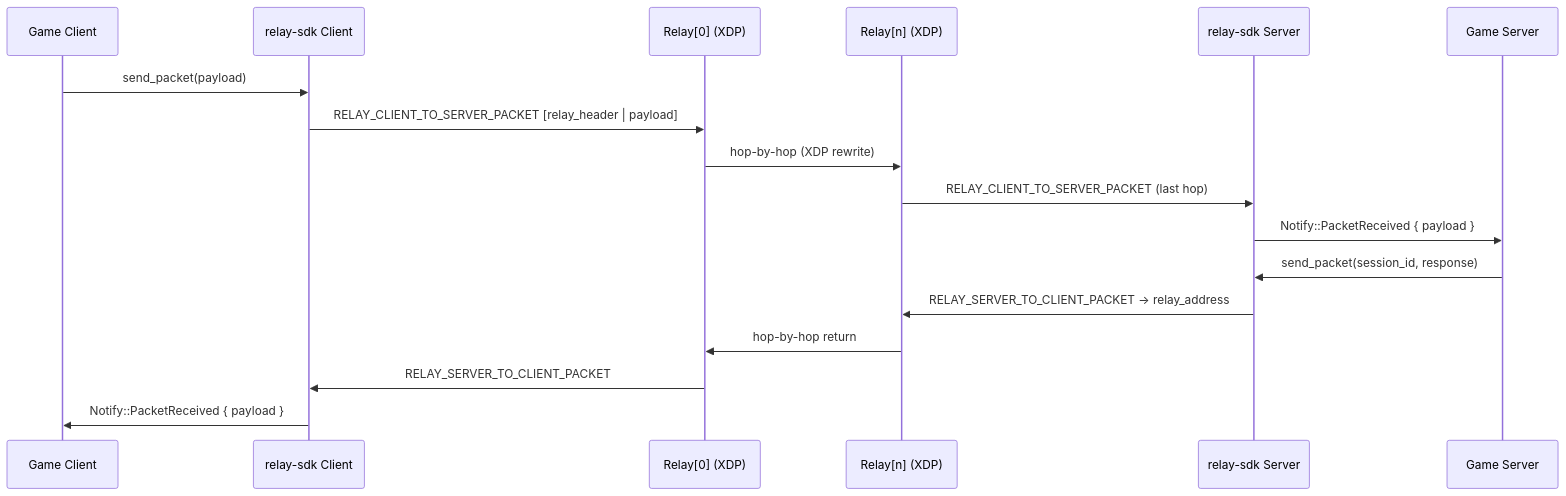
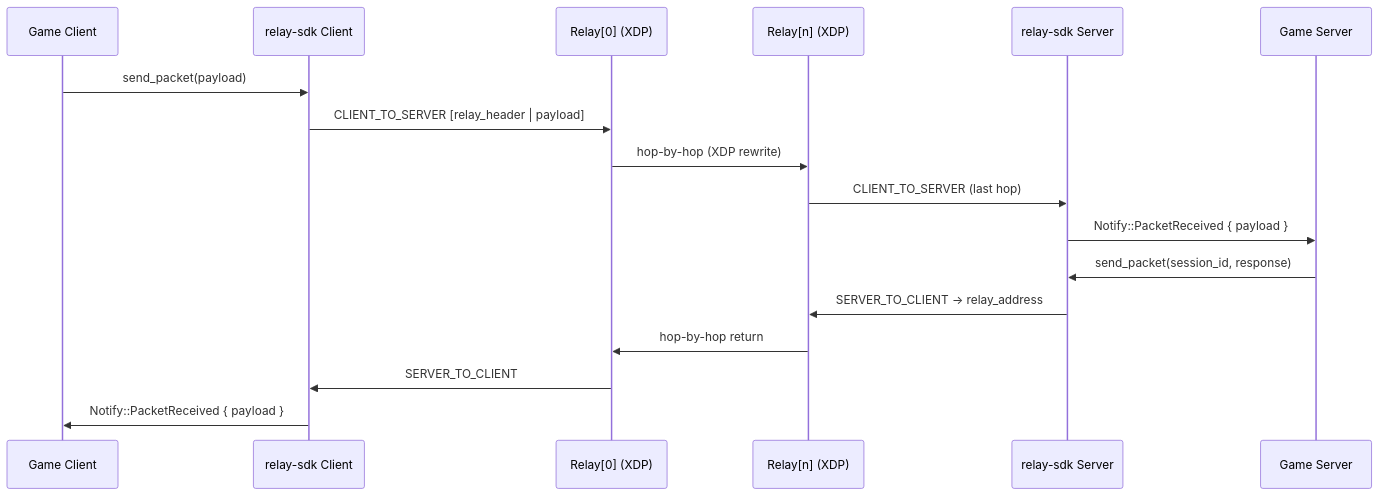
One commit to brianpht/relay-xdp changed the fourth of 4 diagrams in relay-sdk/ARCHITECTURE.md. Above: the diagram before and after it, drawn with Mermaid. The commit also changed other lines of this file and 1 other file, not shown here.

Commit message:
Enhance architecture documentation for clarity and detail; update wire compatibility tests

````diff
--- a/relay-sdk/ARCHITECTURE.md
+++ b/relay-sdk/ARCHITECTURE.md
@@ -315,20 +412,20 @@
 ```mermaid
 sequenceDiagram
     participant GC as Game Client
     participant C as relay-sdk Client
     participant R1 as Relay[0] (XDP)
     participant Rn as Relay[n] (XDP)
     participant S as relay-sdk Server
     participant GS as Game Server
 
     GC->>C: send_packet(payload)
-    C->>R1: RELAY_CLIENT_TO_SERVER_PACKET [relay_header | payload]
+    C->>R1: CLIENT_TO_SERVER [relay_header | payload]
     R1->>Rn: hop-by-hop (XDP rewrite)
-    Rn->>S: RELAY_CLIENT_TO_SERVER_PACKET (last hop)
+    Rn->>S: CLIENT_TO_SERVER (last hop)
     S->>GS: Notify::PacketReceived { payload }
     GS->>S: send_packet(session_id, response)
-    S->>Rn: RELAY_SERVER_TO_CLIENT_PACKET -> relay_address
+    S->>Rn: SERVER_TO_CLIENT -> relay_address
     Rn->>R1: hop-by-hop return
-    R1->>C: RELAY_SERVER_TO_CLIENT_PACKET
+    R1->>C: SERVER_TO_CLIENT
     C->>GC: Notify::PacketReceived { payload }
 ```
````
